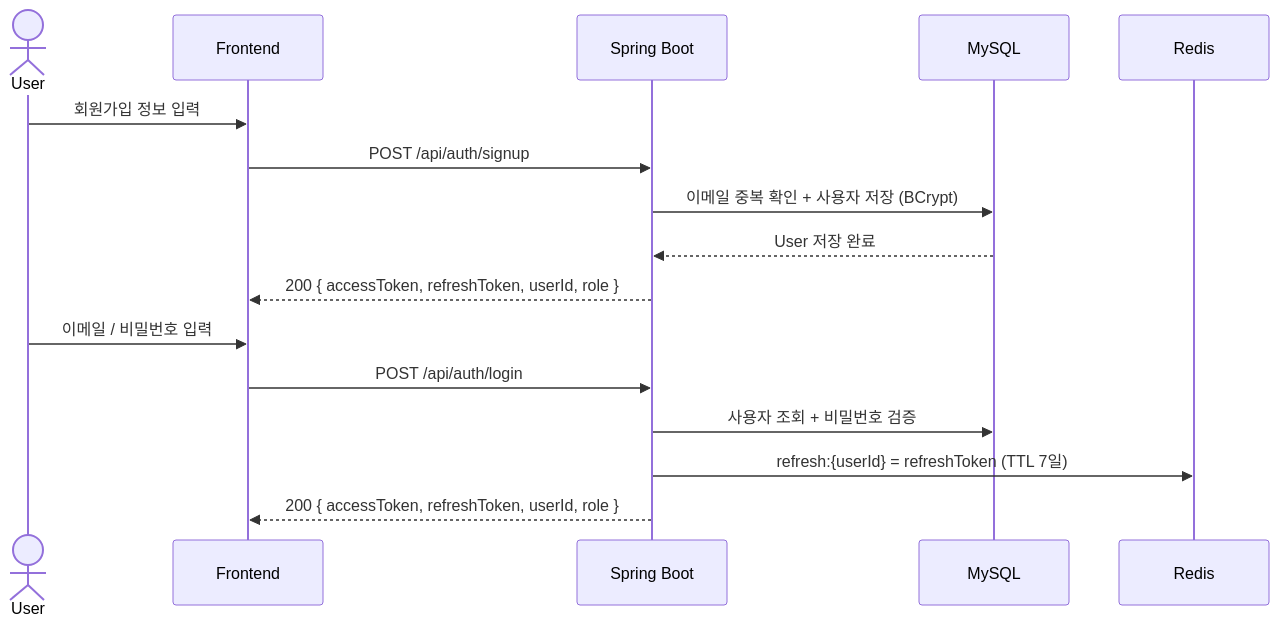
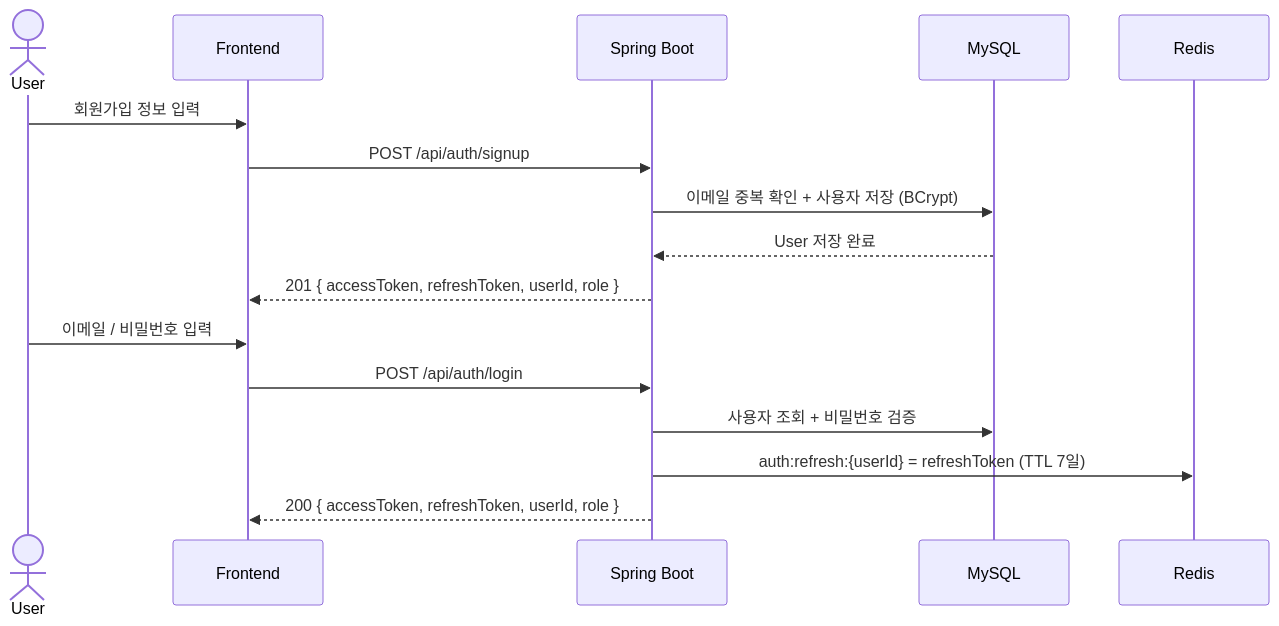
One commit to mercedes6115/ticketing-vibe changed the first of 6 diagrams in docs/sequence-diagram.md. Above: the diagram before and after it, drawn with Mermaid. The commit also changed other lines of this file and 6 other files, not shown here.

````diff
--- a/docs/sequence-diagram.md
+++ b/docs/sequence-diagram.md
@@ -9,20 +9,20 @@
 ```mermaid
 sequenceDiagram
     actor User
     participant FE as Frontend
     participant API as Spring Boot
     participant DB as MySQL
     participant Redis
 
     User->>FE: 회원가입 정보 입력
     FE->>API: POST /api/auth/signup
     API->>DB: 이메일 중복 확인 + 사용자 저장 (BCrypt)
     DB-->>API: User 저장 완료
-    API-->>FE: 200 { accessToken, refreshToken, userId, role }
+    API-->>FE: 201 { accessToken, refreshToken, userId, role }
 
     User->>FE: 이메일 / 비밀번호 입력
     FE->>API: POST /api/auth/login
     API->>DB: 사용자 조회 + 비밀번호 검증
-    API->>Redis: refresh:{userId} = refreshToken (TTL 7일)
+    API->>Redis: auth:refresh:{userId} = refreshToken (TTL 7일)
     API-->>FE: 200 { accessToken, refreshToken, userId, role }
 ```
````
